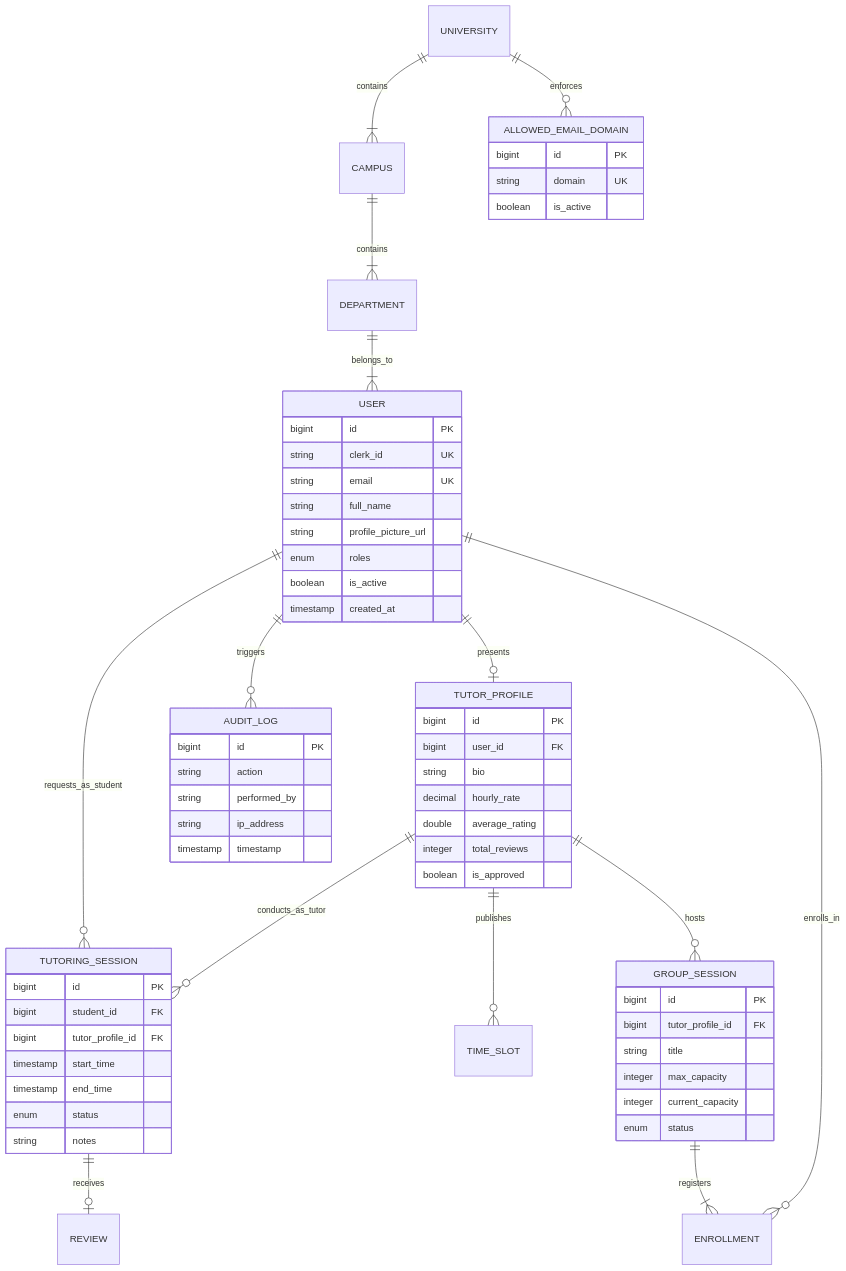
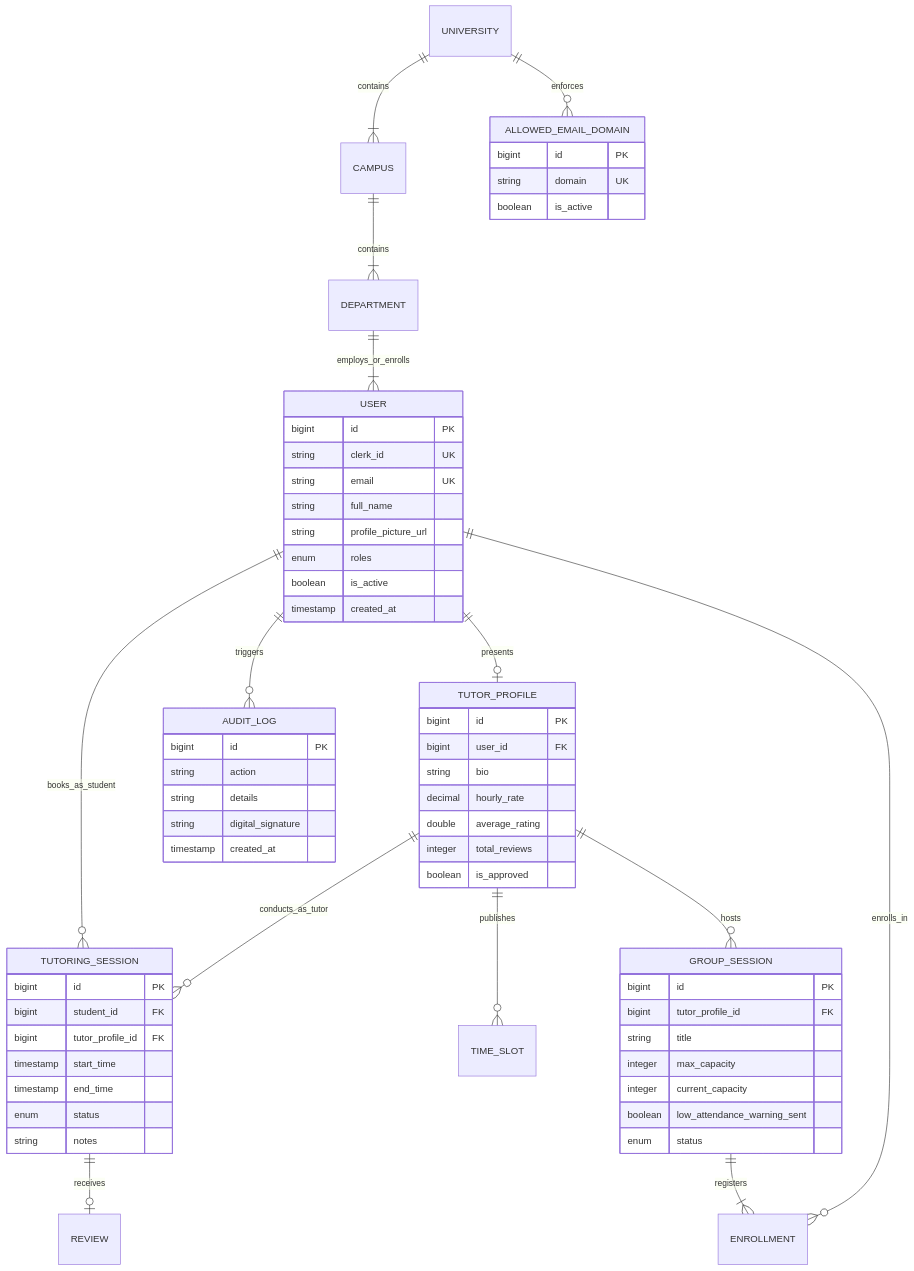
One commit to daikendy/Eruscent-Architecture changed the second of 2 diagrams in README.md. Above: the diagram before and after it, drawn with Mermaid. The commit also changed other lines of this file, not shown here.

First line of the commit message:
Revise README for project name and architectural clarity

````diff
--- a/README.md
+++ b/README.md
@@ -217,70 +256,71 @@
 ```mermaid
 erDiagram
     UNIVERSITY ||--|{ CAMPUS : contains
     CAMPUS ||--|{ DEPARTMENT : contains
-    DEPARTMENT ||--|{ USER : belongs_to
+    DEPARTMENT ||--|{ USER : employs_or_enrolls
     USER ||--o| TUTOR_PROFILE : presents
-    USER ||--o{ TUTORING_SESSION : requests_as_student
+    USER ||--o{ TUTORING_SESSION : books_as_student
     TUTOR_PROFILE ||--o{ TUTORING_SESSION : conducts_as_tutor
     TUTOR_PROFILE ||--o{ TIME_SLOT : publishes
     TUTOR_PROFILE ||--o{ GROUP_SESSION : hosts
     GROUP_SESSION ||--|{ ENROLLMENT : registers
     USER ||--o{ ENROLLMENT : enrolls_in
     TUTORING_SESSION ||--o| REVIEW : receives
     USER ||--o{ AUDIT_LOG : triggers
     UNIVERSITY ||--o{ ALLOWED_EMAIL_DOMAIN : enforces
 
     USER {
         bigint id PK
         string clerk_id UK
         string email UK
         string full_name
         string profile_picture_url
         enum roles
         boolean is_active
         timestamp created_at
     }
 
     TUTOR_PROFILE {
         bigint id PK
         bigint user_id FK
         string bio
         decimal hourly_rate
         double average_rating
         integer total_reviews
         boolean is_approved
     }
 
     TUTORING_SESSION {
         bigint id PK
         bigint student_id FK
         bigint tutor_profile_id FK
         timestamp start_time
         timestamp end_time
         enum status
         string notes
     }
 
     GROUP_SESSION {
         bigint id PK
         bigint tutor_profile_id FK
         string title
         integer max_capacity
         integer current_capacity
+        boolean low_attendance_warning_sent
         enum status
+    }
+
+    AUDIT_LOG {
+        bigint id PK
+        string action
+        string details
+        string digital_signature
+        timestamp created_at
     }
 
     ALLOWED_EMAIL_DOMAIN {
         bigint id PK
         string domain UK
         boolean is_active
     }
-
-    AUDIT_LOG {
-        bigint id PK
-        string action
-        string performed_by
-        string ip_address
-        timestamp timestamp
-    }
 ```
````
